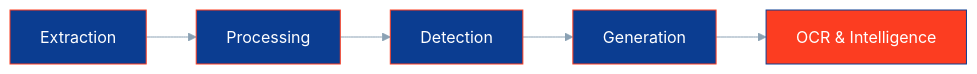
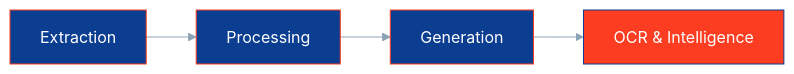
Before and after one commit to JeanLouisParent/Nasa-Transcript-Processor: the diagram in docs/PIPELINE.md, drawn with Mermaid. The commit also changed other lines of this file and 19 other files, not shown here.

````diff
--- a/docs/PIPELINE.md
+++ b/docs/PIPELINE.md
@@ -7,14 +7,12 @@
 ```mermaid
 %%{init: {'theme': 'base', 'themeVariables': { 'primaryColor': '#0B3D91', 'primaryTextColor': '#fff', 'primaryBorderColor': '#FC3D21', 'lineColor': '#8BA1B4', 'secondaryColor': '#8BA1B4', 'tertiaryColor': '#fff'}}}%%
 flowchart LR
     A[Extraction] --> B[Processing]
-    B --> C[Detection]
-    C --> D[Generation]
-    D --> E[OCR & Intelligence]
+    B --> C[Generation]
+    C --> D[OCR & Intelligence]
     
     style A fill:#0B3D91,stroke:#FC3D21,color:#fff
     style B fill:#0B3D91,stroke:#FC3D21,color:#fff
     style C fill:#0B3D91,stroke:#FC3D21,color:#fff
-    style D fill:#0B3D91,stroke:#FC3D21,color:#fff
-    style E fill:#FC3D21,stroke:#0B3D91,color:#fff
+    style D fill:#FC3D21,stroke:#0B3D91,color:#fff
 ```
````
